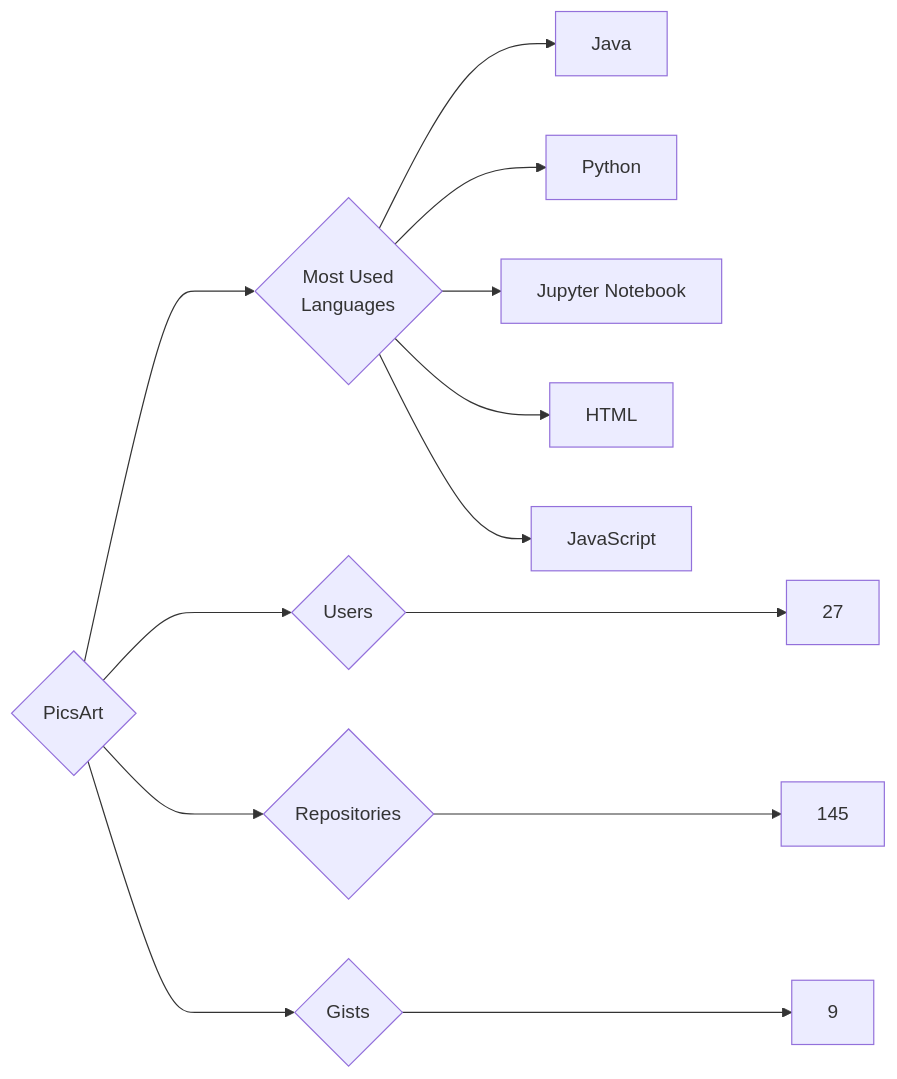
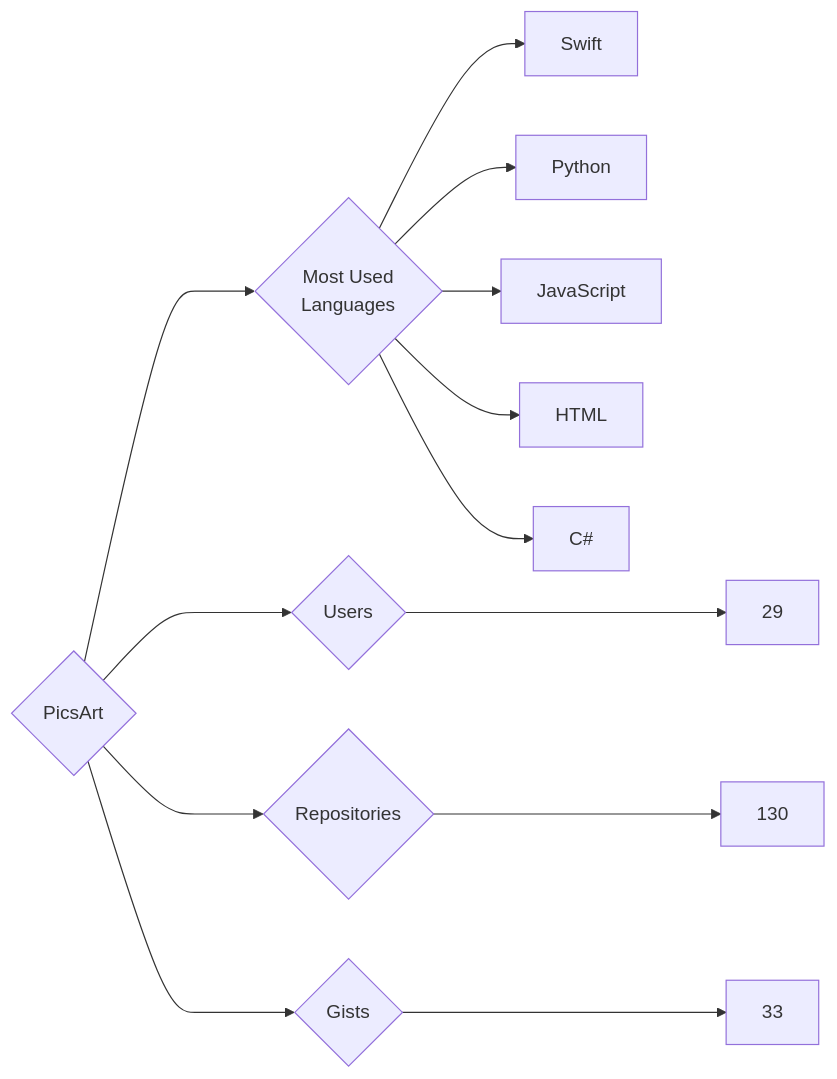
One commit to trickest/insiders changed the diagram in targets/PicsArt/README.md. Above: the diagram before and after it, drawn with Mermaid. The commit also changed 964 other files, not shown here.

````diff
--- a/targets/PicsArt/README.md
+++ b/targets/PicsArt/README.md
@@ -3,13 +3,13 @@
 ```mermaid
 graph LR
 COMPANY_NAME{PicsArt}
-COMPANY_NAME ---> U{Users} ---> UN[27]
-COMPANY_NAME ---> R{Repositories} ---> RN[145]
-COMPANY_NAME ---> G{Gists} ---> GN[9]
+COMPANY_NAME ---> U{Users} ---> UN[29]
+COMPANY_NAME ---> R{Repositories} ---> RN[130]
+COMPANY_NAME ---> G{Gists} ---> GN[33]
 COMPANY_NAME ---> ML{Most Used<br>Languages}
-ML --> Java[Java]
+ML --> Swift[Swift]
 ML --> Python[Python]
-ML --> Jupyter_Notebook[Jupyter Notebook]
+ML --> JavaScript[JavaScript]
 ML --> HTML[HTML]
-ML --> JavaScript[JavaScript]
+ML --> C#[C#]
 ```
````
